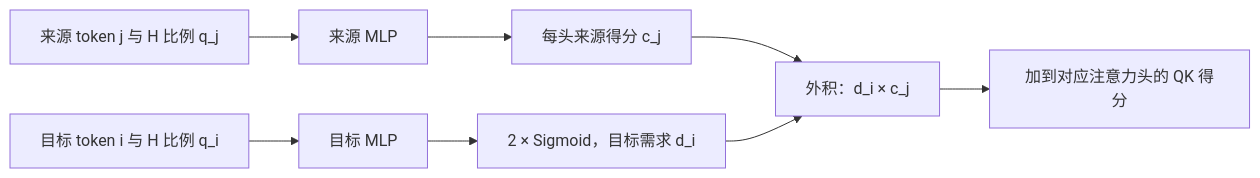
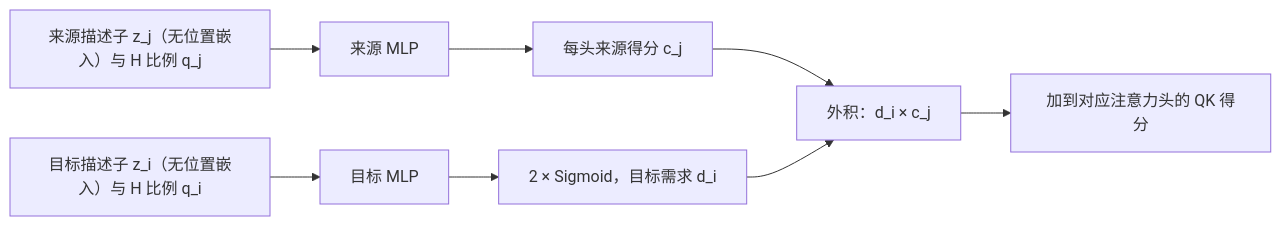
One commit to deathend110/SAR_Sequence_Restore changed the eighth of 17 diagrams in docs/跨帧Token交互实验指导书.md. Above: the diagram before and after it, drawn with Mermaid. The commit also changed other lines of this file, not shown here.

Commit message:
更新跨帧Token实验指导书：移除母图实验并补充因果mask、质量分支去位置输入与多seed预算

````diff
--- a/docs/跨帧Token交互实验指导书.md
+++ b/docs/跨帧Token交互实验指导书.md
@@ -337,10 +347,10 @@
 ```mermaid
 graph LR
-    SRC["来源 token j 与 H 比例 q_j"] --> SM["来源 MLP"]
+    SRC["来源描述子 z_j（无位置嵌入）与 H 比例 q_j"] --> SM["来源 MLP"]
     SM --> S["每头来源得分 c_j"]
-    TGT["目标 token i 与 H 比例 q_i"] --> TM["目标 MLP"]
+    TGT["目标描述子 z_i（无位置嵌入）与 H 比例 q_i"] --> TM["目标 MLP"]
     TM --> D["2 × Sigmoid，目标需求 d_i"]
     S --> MULT["外积：d_i × c_j"]
     D --> MULT
     MULT --> ADD["加到对应注意力头的 QK 得分"]
 ```
````
